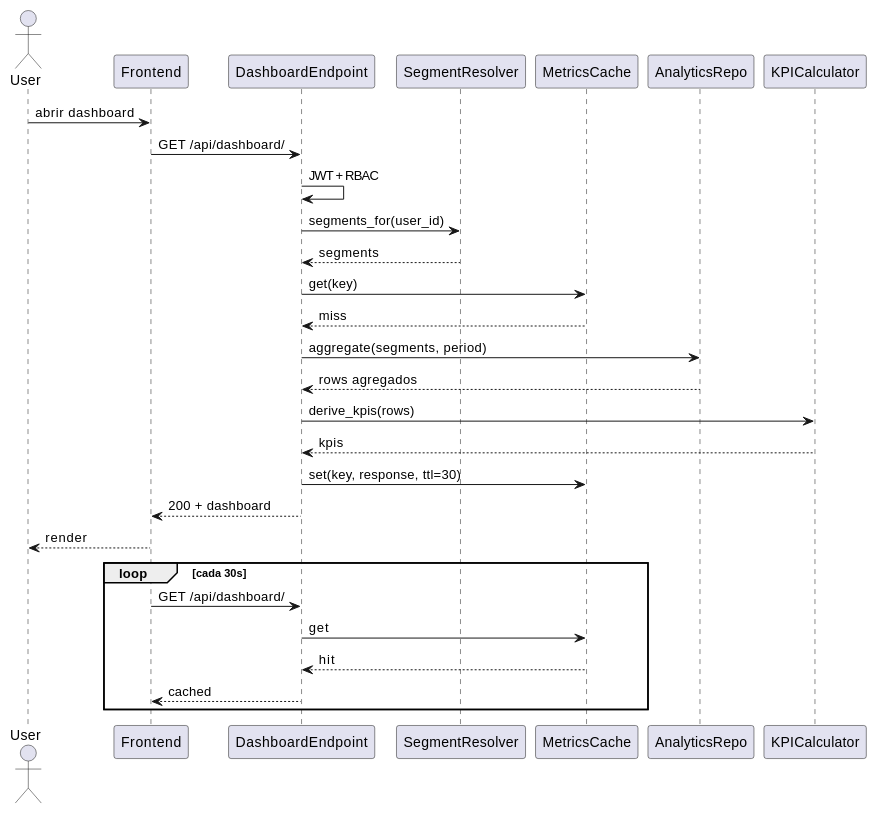
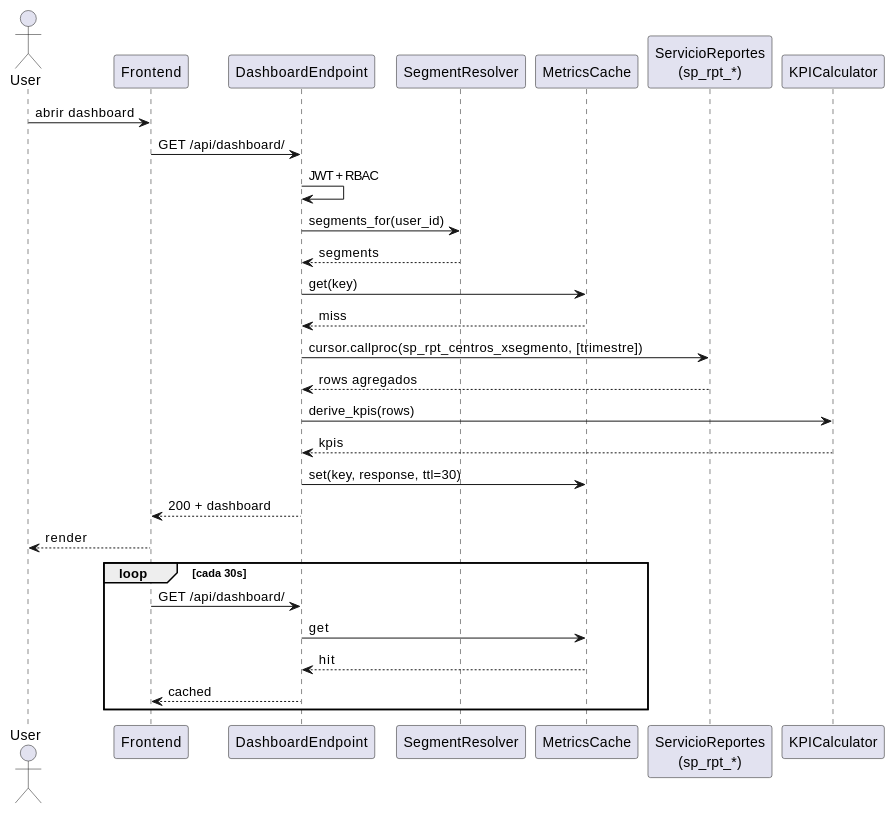
The third of 4 diagrams in source/requisitos/casos-uso/reports/uc-rpt-01/diagramas-uml.rst (jcg-admin/IACT-docs), drawn with PlantUML before and after one commit. The commit also changed other lines of this file and 4 other files, not shown here.

```diff
--- a/source/requisitos/casos-uso/reports/uc-rpt-01/diagramas-uml.rst
+++ b/source/requisitos/casos-uso/reports/uc-rpt-01/diagramas-uml.rst
@@ -80,36 +76,36 @@
 .. uml::
  :caption: UC_RPT_01 — secuencia
 
  @startuml
 
  actor "User" as U
  participant "Frontend" as FE
  participant "DashboardEndpoint" as DE
  participant "SegmentResolver" as SR
  participant "MetricsCache" as MC
- participant "AnalyticsRepo" as AR
+ participant "ServicioReportes\n(sp_rpt_*)" as AR
  participant "KPICalculator" as KC
 
  U -> FE: abrir dashboard
  FE -> DE: GET /api/dashboard/
  DE -> DE: JWT + RBAC
  DE -> SR: segments_for(user_id)
  SR --> DE: segments
  DE -> MC: get(key)
  MC --> DE: miss
- DE -> AR: aggregate(segments, period)
+ DE -> AR: cursor.callproc(sp_rpt_centros_xsegmento, [trimestre])
  AR --> DE: rows agregados
  DE -> KC: derive_kpis(rows)
  KC --> DE: kpis
  DE -> MC: set(key, response, ttl=30)
  DE --> FE: 200 + dashboard
  FE --> U: render
 
  loop cada 30s
    FE -> DE: GET /api/dashboard/
    DE -> MC: get
    MC --> DE: hit
    DE --> FE: cached
  end
 
  @enduml
```
